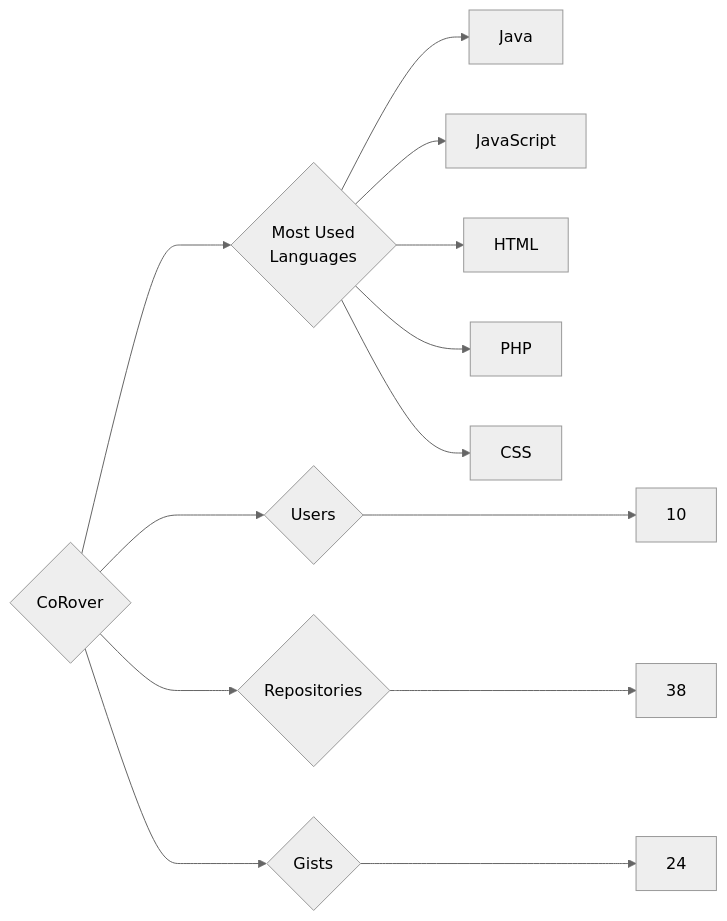
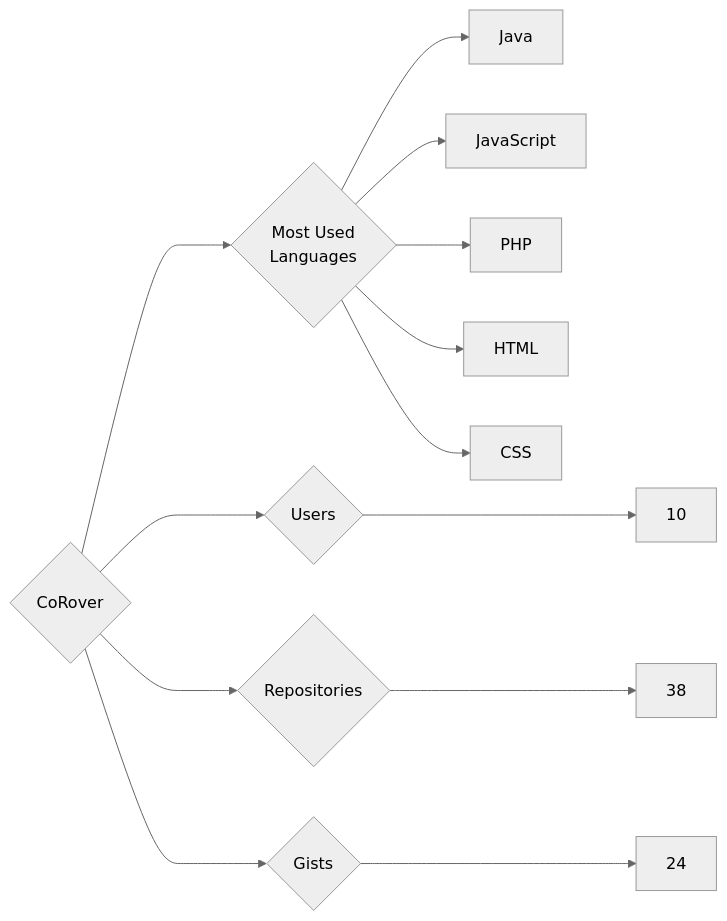
The diagram in targets/CoRover/README.md (trickest/insiders), drawn with Mermaid (neutral theme) before and after one commit. The commit also changed other lines of this file and 865 other files, not shown here.

````diff
--- a/targets/CoRover/README.md
+++ b/targets/CoRover/README.md
@@ -3,13 +3,13 @@
 ```mermaid
 graph LR
 COMPANY_NAME{CoRover}
 COMPANY_NAME ---> U{Users} ---> UN[10]
 COMPANY_NAME ---> R{Repositories} ---> RN[38]
 COMPANY_NAME ---> G{Gists} ---> GN[24]
 COMPANY_NAME ---> ML{Most Used<br>Languages}
 ML --> Java[Java]
 ML --> JavaScript[JavaScript]
+ML --> PHP[PHP]
 ML --> HTML[HTML]
-ML --> PHP[PHP]
 ML --> CSS[CSS]
 ```
````
